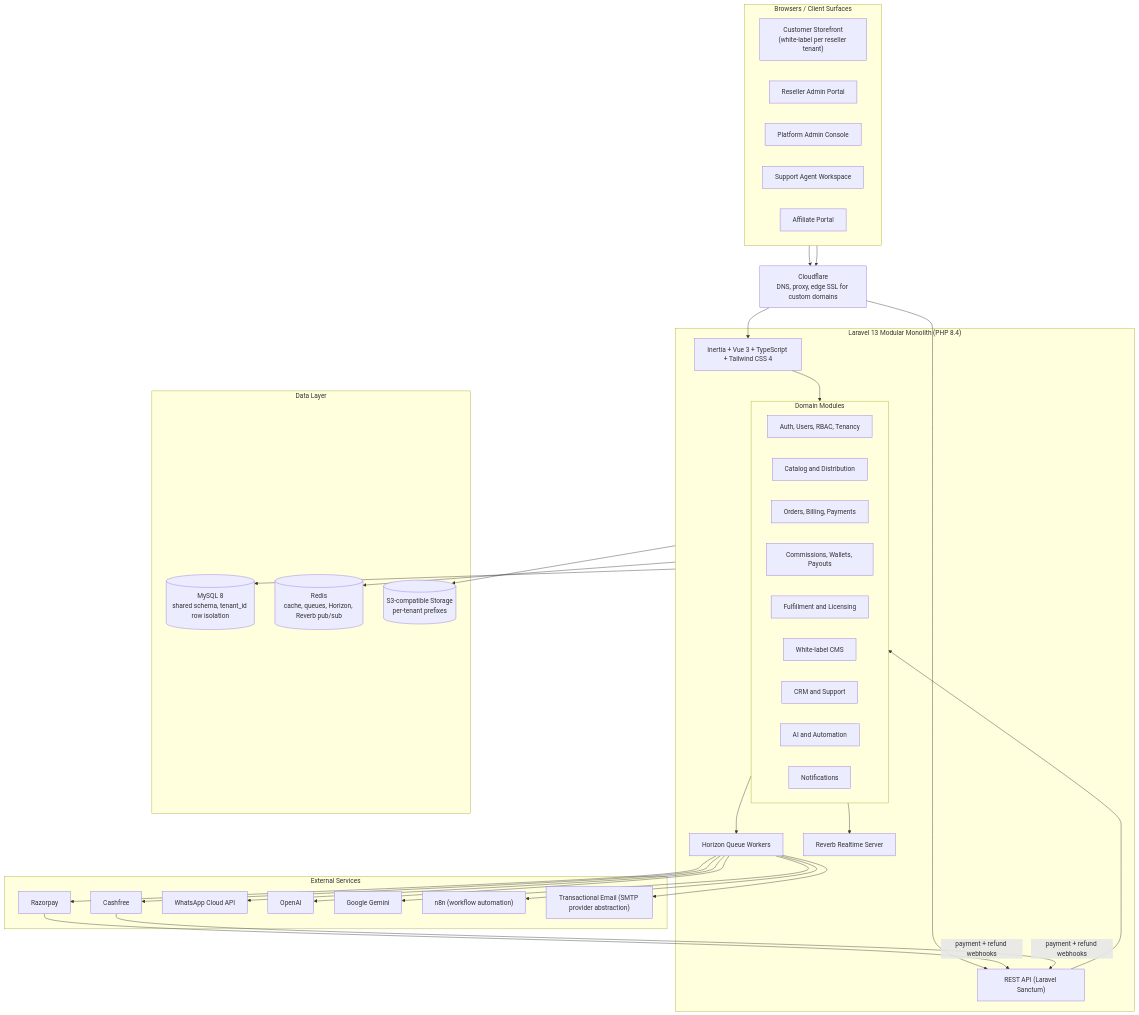
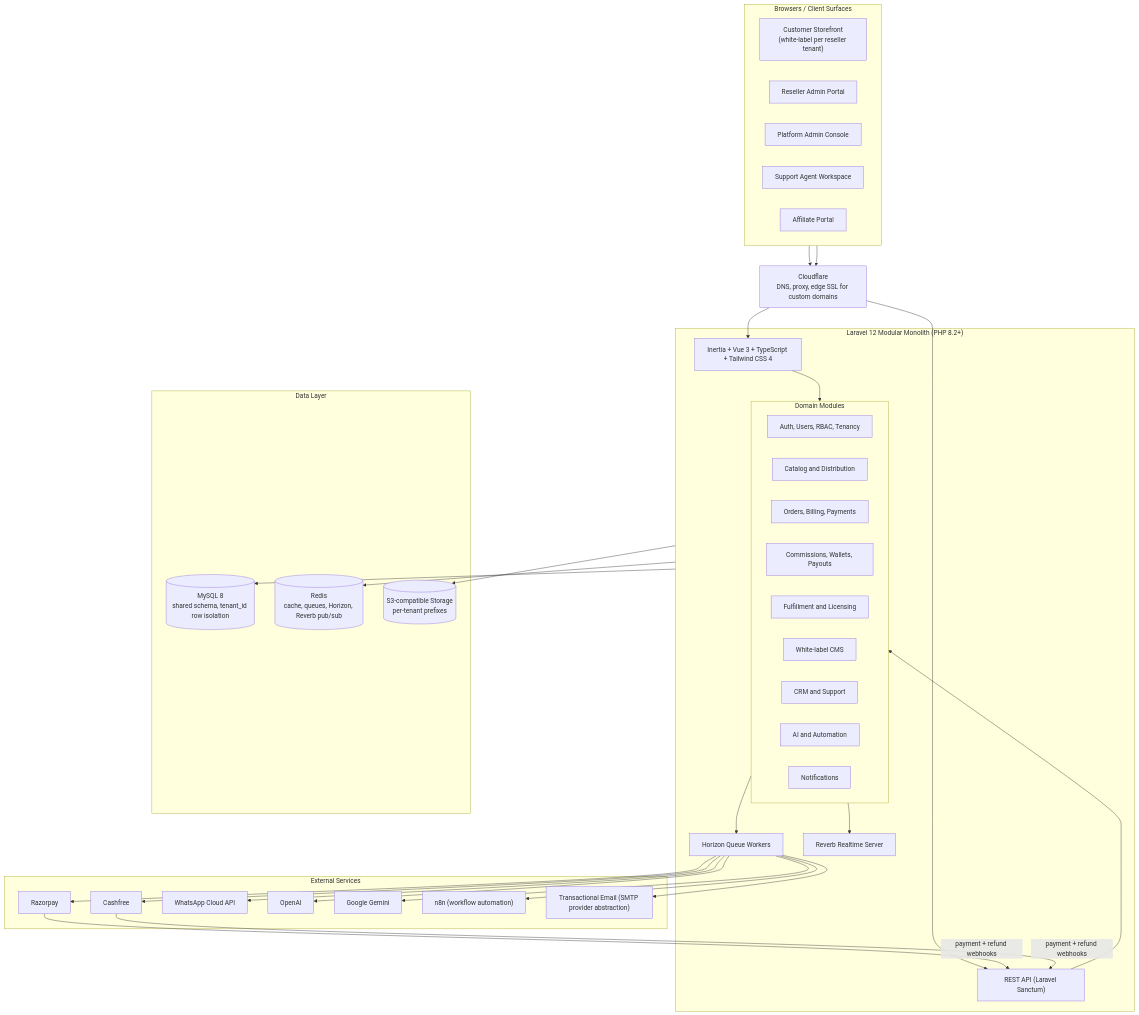
One commit to nextustech/nextus changed the diagram in docs/prd/00-product-overview.md. Above: the diagram before and after it, drawn with Mermaid. The commit also changed other lines of this file and 16 other files, not shown here.

````diff
--- a/docs/prd/00-product-overview.md
+++ b/docs/prd/00-product-overview.md
@@ -183,65 +183,65 @@
 ```mermaid
 flowchart TB
     subgraph clients["Browsers / Client Surfaces"]
         storefront["Customer Storefront<br/>(white-label per reseller tenant)"]
         resellerPortal["Reseller Admin Portal"]
         platformConsole["Platform Admin Console"]
         supportUI["Support Agent Workspace"]
         affiliateUI["Affiliate Portal"]
     end
 
     edge["Cloudflare<br/>DNS, proxy, edge SSL for custom domains"]
 
-    subgraph monolith["Laravel 13 Modular Monolith (PHP 8.4)"]
+    subgraph monolith["Laravel 12 Modular Monolith (PHP 8.2+)"]
         inertia["Inertia + Vue 3 + TypeScript + Tailwind CSS 4"]
         api["REST API (Laravel Sanctum)"]
         subgraph domains["Domain Modules"]
             m1["Auth, Users, RBAC, Tenancy"]
             m2["Catalog and Distribution"]
             m3["Orders, Billing, Payments"]
             m4["Commissions, Wallets, Payouts"]
             m5["Fulfillment and Licensing"]
             m6["White-label CMS"]
             m7["CRM and Support"]
             m8["AI and Automation"]
             m9["Notifications"]
         end
         horizon["Horizon Queue Workers"]
         reverb["Reverb Realtime Server"]
     end
 
     subgraph data["Data Layer"]
         mysql[("MySQL 8<br/>shared schema, tenant_id row isolation")]
         redis[("Redis<br/>cache, queues, Horizon, Reverb pub/sub")]
         s3[("S3-compatible Storage<br/>per-tenant prefixes")]
     end
 
     subgraph external["External Services"]
         razorpay["Razorpay"]
         cashfree["Cashfree"]
         whatsapp["WhatsApp Cloud API"]
         openai["OpenAI"]
         gemini["Google Gemini"]
         n8n["n8n (workflow automation)"]
         email["Transactional Email (SMTP provider abstraction)"]
     end
 
     clients --> edge --> inertia
     clients --> edge --> api
     inertia --> domains
     api --> domains
     domains --> horizon
     domains --> reverb
     monolith --> mysql
     monolith --> redis
     monolith --> s3
     horizon --> razorpay
     horizon --> cashfree
     horizon --> whatsapp
     horizon --> email
     horizon --> n8n
     horizon --> openai
     horizon --> gemini
     razorpay -- "payment + refund webhooks" --> api
     cashfree -- "payment + refund webhooks" --> api
 ```
````
